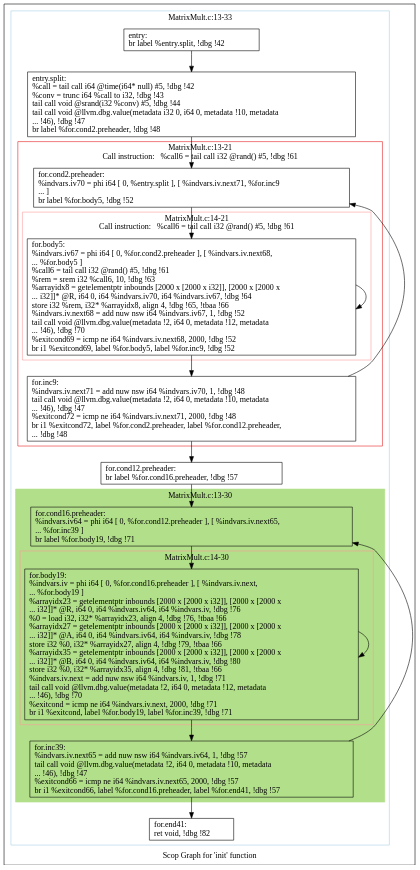
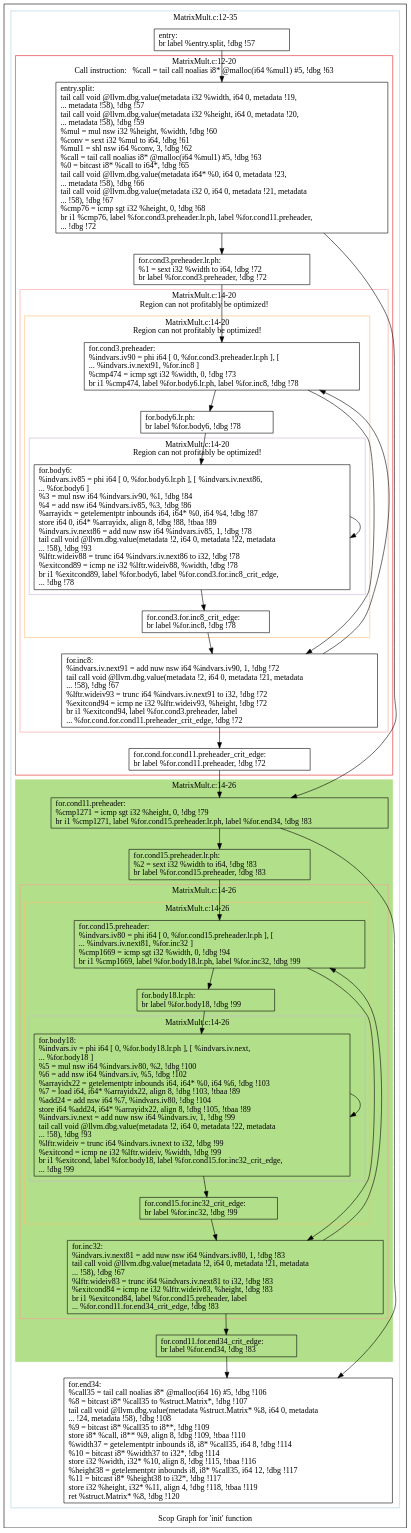
One commit to samminweng/WhileyOpenCL changed the diagram in polly/MatrixMult/impl/handwritten2/dot/scops.init.dot. Above: the diagram before and after it, drawn with Graphviz. The commit also changed 70 other files, not shown here.

First line of the commit message:
Updated handwritten2 MatrixMult program using matrix transpose

```diff
--- a/polly/MatrixMult/impl/handwritten2/dot/scops.init.dot
+++ b/polly/MatrixMult/impl/handwritten2/dot/scops.init.dot
@@ -1,67 +1,119 @@
 digraph "Scop Graph for 'init' function" {
 	label="Scop Graph for 'init' function";
 
-	Node0xa917ac0 [shape=record,label="{entry:\l  br label %entry.split, !dbg !42\l}"];
-	Node0xa917ac0 -> Node0xa925900;
-	Node0xa925900 [shape=record,label="{entry.split:                                      \l  %call = tail call i64 @time(i64* null) #5, !dbg !42\l  %conv = trunc i64 %call to i32, !dbg !43\l  tail call void @srand(i32 %conv) #5, !dbg !44\l  tail call void @llvm.dbg.value(metadata i32 0, i64 0, metadata !10, metadata\l... !46), !dbg !47\l  br label %for.cond2.preheader, !dbg !48\l}"];
-	Node0xa925900 -> Node0xa91abc0;
-	Node0xa91abc0 [shape=record,label="{for.cond2.preheader:                              \l  %indvars.iv70 = phi i64 [ 0, %entry.split ], [ %indvars.iv.next71, %for.inc9\l... ]\l  br label %for.body5, !dbg !52\l}"];
-	Node0xa91abc0 -> Node0xa915440;
-	Node0xa915440 [shape=record,label="{for.body5:                                        \l  %indvars.iv67 = phi i64 [ 0, %for.cond2.preheader ], [ %indvars.iv.next68,\l... %for.body5 ]\l  %call6 = tail call i32 @rand() #5, !dbg !61\l  %rem = srem i32 %call6, 10, !dbg !63\l  %arrayidx8 = getelementptr inbounds [2000 x [2000 x i32]], [2000 x [2000 x\l... i32]]* @R, i64 0, i64 %indvars.iv70, i64 %indvars.iv67, !dbg !64\l  store i32 %rem, i32* %arrayidx8, align 4, !dbg !65, !tbaa !66\l  %indvars.iv.next68 = add nuw nsw i64 %indvars.iv67, 1, !dbg !52\l  tail call void @llvm.dbg.value(metadata !2, i64 0, metadata !12, metadata\l... !46), !dbg !70\l  %exitcond69 = icmp ne i64 %indvars.iv.next68, 2000, !dbg !52\l  br i1 %exitcond69, label %for.body5, label %for.inc9, !dbg !52\l}"];
-	Node0xa915440 -> Node0xa915440[constraint=false];
-	Node0xa915440 -> Node0xa91ac70;
-	Node0xa91ac70 [shape=record,label="{for.inc9:                                         \l  %indvars.iv.next71 = add nuw nsw i64 %indvars.iv70, 1, !dbg !48\l  tail call void @llvm.dbg.value(metadata !2, i64 0, metadata !10, metadata\l... !46), !dbg !47\l  %exitcond72 = icmp ne i64 %indvars.iv.next71, 2000, !dbg !48\l  br i1 %exitcond72, label %for.cond2.preheader, label %for.cond12.preheader,\l... !dbg !48\l}"];
-	Node0xa91ac70 -> Node0xa91abc0[constraint=false];
-	Node0xa91ac70 -> Node0xa91ac90;
-	Node0xa91ac90 [shape=record,label="{for.cond12.preheader:                             \l  br label %for.cond16.preheader, !dbg !57\l}"];
-	Node0xa91ac90 -> Node0xa9c6d30;
-	Node0xa9c6d30 [shape=record,label="{for.cond16.preheader:                             \l  %indvars.iv64 = phi i64 [ 0, %for.cond12.preheader ], [ %indvars.iv.next65,\l... %for.inc39 ]\l  br label %for.body19, !dbg !71\l}"];
-	Node0xa9c6d30 -> Node0xa922250;
-	Node0xa922250 [shape=record,label="{for.body19:                                       \l  %indvars.iv = phi i64 [ 0, %for.cond16.preheader ], [ %indvars.iv.next,\l... %for.body19 ]\l  %arrayidx23 = getelementptr inbounds [2000 x [2000 x i32]], [2000 x [2000 x\l... i32]]* @R, i64 0, i64 %indvars.iv64, i64 %indvars.iv, !dbg !76\l  %0 = load i32, i32* %arrayidx23, align 4, !dbg !76, !tbaa !66\l  %arrayidx27 = getelementptr inbounds [2000 x [2000 x i32]], [2000 x [2000 x\l... i32]]* @A, i64 0, i64 %indvars.iv64, i64 %indvars.iv, !dbg !78\l  store i32 %0, i32* %arrayidx27, align 4, !dbg !79, !tbaa !66\l  %arrayidx35 = getelementptr inbounds [2000 x [2000 x i32]], [2000 x [2000 x\l... i32]]* @B, i64 0, i64 %indvars.iv64, i64 %indvars.iv, !dbg !80\l  store i32 %0, i32* %arrayidx35, align 4, !dbg !81, !tbaa !66\l  %indvars.iv.next = add nuw nsw i64 %indvars.iv, 1, !dbg !71\l  tail call void @llvm.dbg.value(metadata !2, i64 0, metadata !12, metadata\l... !46), !dbg !70\l  %exitcond = icmp ne i64 %indvars.iv.next, 2000, !dbg !71\l  br i1 %exitcond, label %for.body19, label %for.inc39, !dbg !71\l}"];
-	Node0xa922250 -> Node0xa922250[constraint=false];
-	Node0xa922250 -> Node0xa9222f0;
-	Node0xa9222f0 [shape=record,label="{for.inc39:                                        \l  %indvars.iv.next65 = add nuw nsw i64 %indvars.iv64, 1, !dbg !57\l  tail call void @llvm.dbg.value(metadata !2, i64 0, metadata !10, metadata\l... !46), !dbg !47\l  %exitcond66 = icmp ne i64 %indvars.iv.next65, 2000, !dbg !57\l  br i1 %exitcond66, label %for.cond16.preheader, label %for.end41, !dbg !57\l}"];
-	Node0xa9222f0 -> Node0xa9c6d30[constraint=false];
-	Node0xa9222f0 -> Node0xa922350;
-	Node0xa922350 [shape=record,label="{for.end41:                                        \l  ret void, !dbg !82\l}"];
+	Node0xa742b80 [shape=record,label="{entry:\l  br label %entry.split, !dbg !57\l}"];
+	Node0xa742b80 -> Node0xa737a80;
+	Node0xa737a80 [shape=record,label="{entry.split:                                      \l  tail call void @llvm.dbg.value(metadata i32 %width, i64 0, metadata !19,\l... metadata !58), !dbg !57\l  tail call void @llvm.dbg.value(metadata i32 %height, i64 0, metadata !20,\l... metadata !58), !dbg !59\l  %mul = mul nsw i32 %height, %width, !dbg !60\l  %conv = sext i32 %mul to i64, !dbg !61\l  %mul1 = shl nsw i64 %conv, 3, !dbg !62\l  %call = tail call noalias i8* @malloc(i64 %mul1) #5, !dbg !63\l  %0 = bitcast i8* %call to i64*, !dbg !65\l  tail call void @llvm.dbg.value(metadata i64* %0, i64 0, metadata !23,\l... metadata !58), !dbg !66\l  tail call void @llvm.dbg.value(metadata i32 0, i64 0, metadata !21, metadata\l... !58), !dbg !67\l  %cmp76 = icmp sgt i32 %height, 0, !dbg !68\l  br i1 %cmp76, label %for.cond3.preheader.lr.ph, label %for.cond11.preheader,\l... !dbg !72\l}"];
+	Node0xa737a80 -> Node0xa72af10;
+	Node0xa737a80 -> Node0xa71efc0;
+	Node0xa72af10 [shape=record,label="{for.cond3.preheader.lr.ph:                        \l  %1 = sext i32 %width to i64, !dbg !72\l  br label %for.cond3.preheader, !dbg !72\l}"];
+	Node0xa72af10 -> Node0xa804a70;
+	Node0xa804a70 [shape=record,label="{for.cond3.preheader:                              \l  %indvars.iv90 = phi i64 [ 0, %for.cond3.preheader.lr.ph ], [\l... %indvars.iv.next91, %for.inc8 ]\l  %cmp474 = icmp sgt i32 %width, 0, !dbg !73\l  br i1 %cmp474, label %for.body6.lr.ph, label %for.inc8, !dbg !78\l}"];
+	Node0xa804a70 -> Node0xa73e760;
+	Node0xa804a70 -> Node0xa7430b0;
+	Node0xa73e760 [shape=record,label="{for.body6.lr.ph:                                  \l  br label %for.body6, !dbg !78\l}"];
+	Node0xa73e760 -> Node0xa7430d0;
+	Node0xa7430d0 [shape=record,label="{for.body6:                                        \l  %indvars.iv85 = phi i64 [ 0, %for.body6.lr.ph ], [ %indvars.iv.next86,\l... %for.body6 ]\l  %3 = mul nsw i64 %indvars.iv90, %1, !dbg !84\l  %4 = add nsw i64 %indvars.iv85, %3, !dbg !86\l  %arrayidx = getelementptr inbounds i64, i64* %0, i64 %4, !dbg !87\l  store i64 0, i64* %arrayidx, align 8, !dbg !88, !tbaa !89\l  %indvars.iv.next86 = add nuw nsw i64 %indvars.iv85, 1, !dbg !78\l  tail call void @llvm.dbg.value(metadata !2, i64 0, metadata !22, metadata\l... !58), !dbg !93\l  %lftr.wideiv88 = trunc i64 %indvars.iv.next86 to i32, !dbg !78\l  %exitcond89 = icmp ne i32 %lftr.wideiv88, %width, !dbg !78\l  br i1 %exitcond89, label %for.body6, label %for.cond3.for.inc8_crit_edge,\l... !dbg !78\l}"];
+	Node0xa7430d0 -> Node0xa7430d0[constraint=false];
+	Node0xa7430d0 -> Node0xa743260;
+	Node0xa743260 [shape=record,label="{for.cond3.for.inc8_crit_edge:                     \l  br label %for.inc8, !dbg !78\l}"];
+	Node0xa743260 -> Node0xa7430b0;
+	Node0xa7430b0 [shape=record,label="{for.inc8:                                         \l  %indvars.iv.next91 = add nuw nsw i64 %indvars.iv90, 1, !dbg !72\l  tail call void @llvm.dbg.value(metadata !2, i64 0, metadata !21, metadata\l... !58), !dbg !67\l  %lftr.wideiv93 = trunc i64 %indvars.iv.next91 to i32, !dbg !72\l  %exitcond94 = icmp ne i32 %lftr.wideiv93, %height, !dbg !72\l  br i1 %exitcond94, label %for.cond3.preheader, label\l... %for.cond.for.cond11.preheader_crit_edge, !dbg !72\l}"];
+	Node0xa7430b0 -> Node0xa804a70[constraint=false];
+	Node0xa7430b0 -> Node0xa743280;
+	Node0xa743280 [shape=record,label="{for.cond.for.cond11.preheader_crit_edge:          \l  br label %for.cond11.preheader, !dbg !72\l}"];
+	Node0xa743280 -> Node0xa71efc0;
+	Node0xa71efc0 [shape=record,label="{for.cond11.preheader:                             \l  %cmp1271 = icmp sgt i32 %height, 0, !dbg !79\l  br i1 %cmp1271, label %for.cond15.preheader.lr.ph, label %for.end34, !dbg !83\l}"];
+	Node0xa71efc0 -> Node0xa7268d0;
+	Node0xa71efc0 -> Node0xa72f990;
+	Node0xa7268d0 [shape=record,label="{for.cond15.preheader.lr.ph:                       \l  %2 = sext i32 %width to i64, !dbg !83\l  br label %for.cond15.preheader, !dbg !83\l}"];
+	Node0xa7268d0 -> Node0xa72f9f0;
+	Node0xa72f9f0 [shape=record,label="{for.cond15.preheader:                             \l  %indvars.iv80 = phi i64 [ 0, %for.cond15.preheader.lr.ph ], [\l... %indvars.iv.next81, %for.inc32 ]\l  %cmp1669 = icmp sgt i32 %width, 0, !dbg !94\l  br i1 %cmp1669, label %for.body18.lr.ph, label %for.inc32, !dbg !99\l}"];
+	Node0xa72f9f0 -> Node0xa72fa50;
+	Node0xa72f9f0 -> Node0xa72fa70;
+	Node0xa72fa50 [shape=record,label="{for.body18.lr.ph:                                 \l  br label %for.body18, !dbg !99\l}"];
+	Node0xa72fa50 -> Node0xa72f860;
+	Node0xa72f860 [shape=record,label="{for.body18:                                       \l  %indvars.iv = phi i64 [ 0, %for.body18.lr.ph ], [ %indvars.iv.next,\l... %for.body18 ]\l  %5 = mul nsw i64 %indvars.iv80, %2, !dbg !100\l  %6 = add nsw i64 %indvars.iv, %5, !dbg !102\l  %arrayidx22 = getelementptr inbounds i64, i64* %0, i64 %6, !dbg !103\l  %7 = load i64, i64* %arrayidx22, align 8, !dbg !103, !tbaa !89\l  %add24 = add nsw i64 %7, %indvars.iv80, !dbg !104\l  store i64 %add24, i64* %arrayidx22, align 8, !dbg !105, !tbaa !89\l  %indvars.iv.next = add nuw nsw i64 %indvars.iv, 1, !dbg !99\l  tail call void @llvm.dbg.value(metadata !2, i64 0, metadata !22, metadata\l... !58), !dbg !93\l  %lftr.wideiv = trunc i64 %indvars.iv.next to i32, !dbg !99\l  %exitcond = icmp ne i32 %lftr.wideiv, %width, !dbg !99\l  br i1 %exitcond, label %for.body18, label %for.cond15.for.inc32_crit_edge,\l... !dbg !99\l}"];
+	Node0xa72f860 -> Node0xa72f860[constraint=false];
+	Node0xa72f860 -> Node0xa736b20;
+	Node0xa736b20 [shape=record,label="{for.cond15.for.inc32_crit_edge:                   \l  br label %for.inc32, !dbg !99\l}"];
+	Node0xa736b20 -> Node0xa72fa70;
+	Node0xa72fa70 [shape=record,label="{for.inc32:                                        \l  %indvars.iv.next81 = add nuw nsw i64 %indvars.iv80, 1, !dbg !83\l  tail call void @llvm.dbg.value(metadata !2, i64 0, metadata !21, metadata\l... !58), !dbg !67\l  %lftr.wideiv83 = trunc i64 %indvars.iv.next81 to i32, !dbg !83\l  %exitcond84 = icmp ne i32 %lftr.wideiv83, %height, !dbg !83\l  br i1 %exitcond84, label %for.cond15.preheader, label\l... %for.cond11.for.end34_crit_edge, !dbg !83\l}"];
+	Node0xa72fa70 -> Node0xa72f9f0[constraint=false];
+	Node0xa72fa70 -> Node0xa736b40;
+	Node0xa736b40 [shape=record,label="{for.cond11.for.end34_crit_edge:                   \l  br label %for.end34, !dbg !83\l}"];
+	Node0xa736b40 -> Node0xa72f990;
+	Node0xa72f990 [shape=record,label="{for.end34:                                        \l  %call35 = tail call noalias i8* @malloc(i64 16) #5, !dbg !106\l  %8 = bitcast i8* %call35 to %struct.Matrix*, !dbg !107\l  tail call void @llvm.dbg.value(metadata %struct.Matrix* %8, i64 0, metadata\l... !24, metadata !58), !dbg !108\l  %9 = bitcast i8* %call35 to i8**, !dbg !109\l  store i8* %call, i8** %9, align 8, !dbg !109, !tbaa !110\l  %width37 = getelementptr inbounds i8, i8* %call35, i64 8, !dbg !114\l  %10 = bitcast i8* %width37 to i32*, !dbg !114\l  store i32 %width, i32* %10, align 8, !dbg !115, !tbaa !116\l  %height38 = getelementptr inbounds i8, i8* %call35, i64 12, !dbg !117\l  %11 = bitcast i8* %height38 to i32*, !dbg !117\l  store i32 %height, i32* %11, align 4, !dbg !118, !tbaa !119\l  ret %struct.Matrix* %8, !dbg !120\l}"];
 	colorscheme = "paired12"
-        subgraph cluster_0xa9203b0 {
-          label = "MatrixMult.c:13-33
+        subgraph cluster_0xa71d760 {
+          label = "MatrixMult.c:12-35
 ";
           style = solid;
           color = 1
-          subgraph cluster_0xa91f330 {
-            label = "MatrixMult.c:13-21
-Call instruction:   %call6 = tail call i32 @rand() #5, !dbg !61";
+          subgraph cluster_0xa72e1f0 {
+            label = "MatrixMult.c:12-20
+Call instruction:   %call = tail call noalias i8* @malloc(i64 %mul1) #5, !dbg !63";
             style = solid;
             color = 6
-            subgraph cluster_0xa917a40 {
-              label = "MatrixMult.c:14-21
-Call instruction:   %call6 = tail call i32 @rand() #5, !dbg !61";
+            subgraph cluster_0xa7be0e0 {
+              label = "MatrixMult.c:14-20
+Region can not profitably be optimized!";
               style = solid;
               color = 5
-              Node0xa915440;
+              subgraph cluster_0xa7d55f0 {
+                label = "MatrixMult.c:14-20
+Region can not profitably be optimized!";
+                style = solid;
+                color = 7
+                subgraph cluster_0xa72b4d0 {
+                  label = "MatrixMult.c:14-20
+Region can not profitably be optimized!";
+                  style = solid;
+                  color = 9
+                  Node0xa7430d0;
+                }
+                Node0xa804a70;
+                Node0xa73e760;
+                Node0xa743260;
+              }
+              Node0xa7430b0;
             }
-            Node0xa91abc0;
-            Node0xa91ac70;
+            Node0xa737a80;
+            Node0xa72af10;
+            Node0xa743280;
           }
-          subgraph cluster_0xa9c0e30 {
-            label = "MatrixMult.c:13-30
+          subgraph cluster_0xa7379d0 {
+            label = "MatrixMult.c:14-26
 ";
             style = filled;
-            color = 3            subgraph cluster_0xa9c09b0 {
-              label = "MatrixMult.c:14-30
+            color = 3            subgraph cluster_0xa71eb90 {
+              label = "MatrixMult.c:14-26
 ";
               style = solid;
               color = 5
-              Node0xa922250;
+              subgraph cluster_0xa72c0f0 {
+                label = "MatrixMult.c:14-26
+";
+                style = solid;
+                color = 7
+                subgraph cluster_0xa71cf70 {
+                  label = "MatrixMult.c:14-26
+";
+                  style = solid;
+                  color = 9
+                  Node0xa72f860;
+                }
+                Node0xa72f9f0;
+                Node0xa72fa50;
+                Node0xa736b20;
+              }
+              Node0xa72fa70;
             }
-            Node0xa9c6d30;
-            Node0xa9222f0;
+            Node0xa71efc0;
+            Node0xa7268d0;
+            Node0xa736b40;
           }
-          Node0xa917ac0;
-          Node0xa925900;
-          Node0xa91ac90;
-          Node0xa922350;
+          Node0xa742b80;
+          Node0xa72f990;
         }
 }
```
